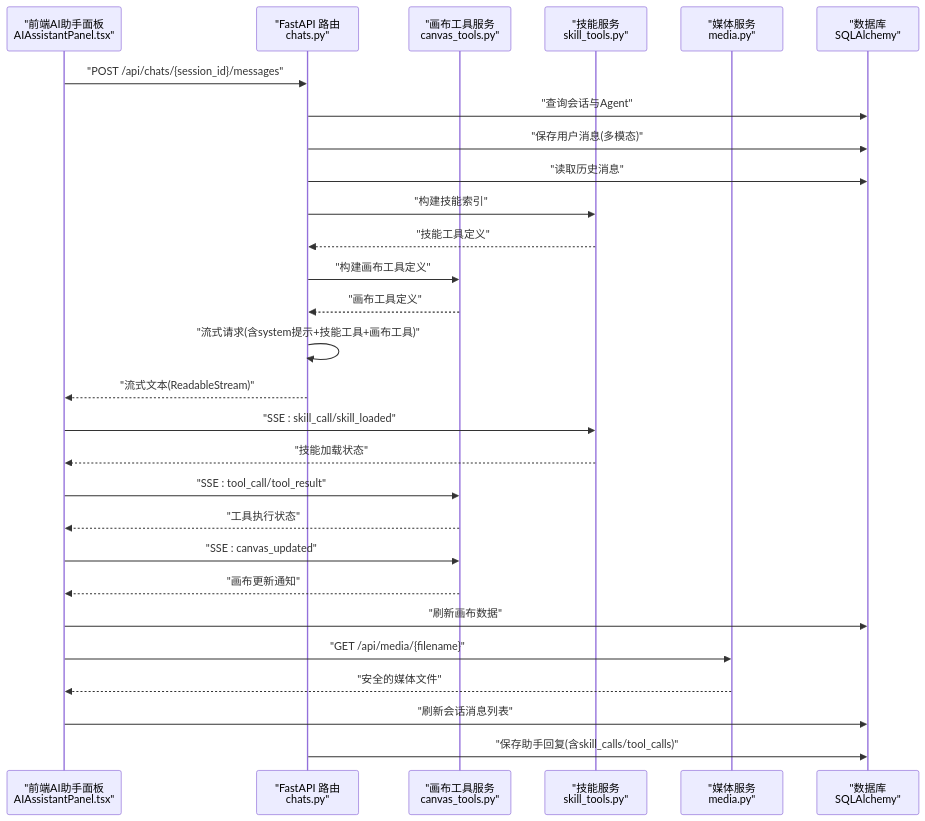
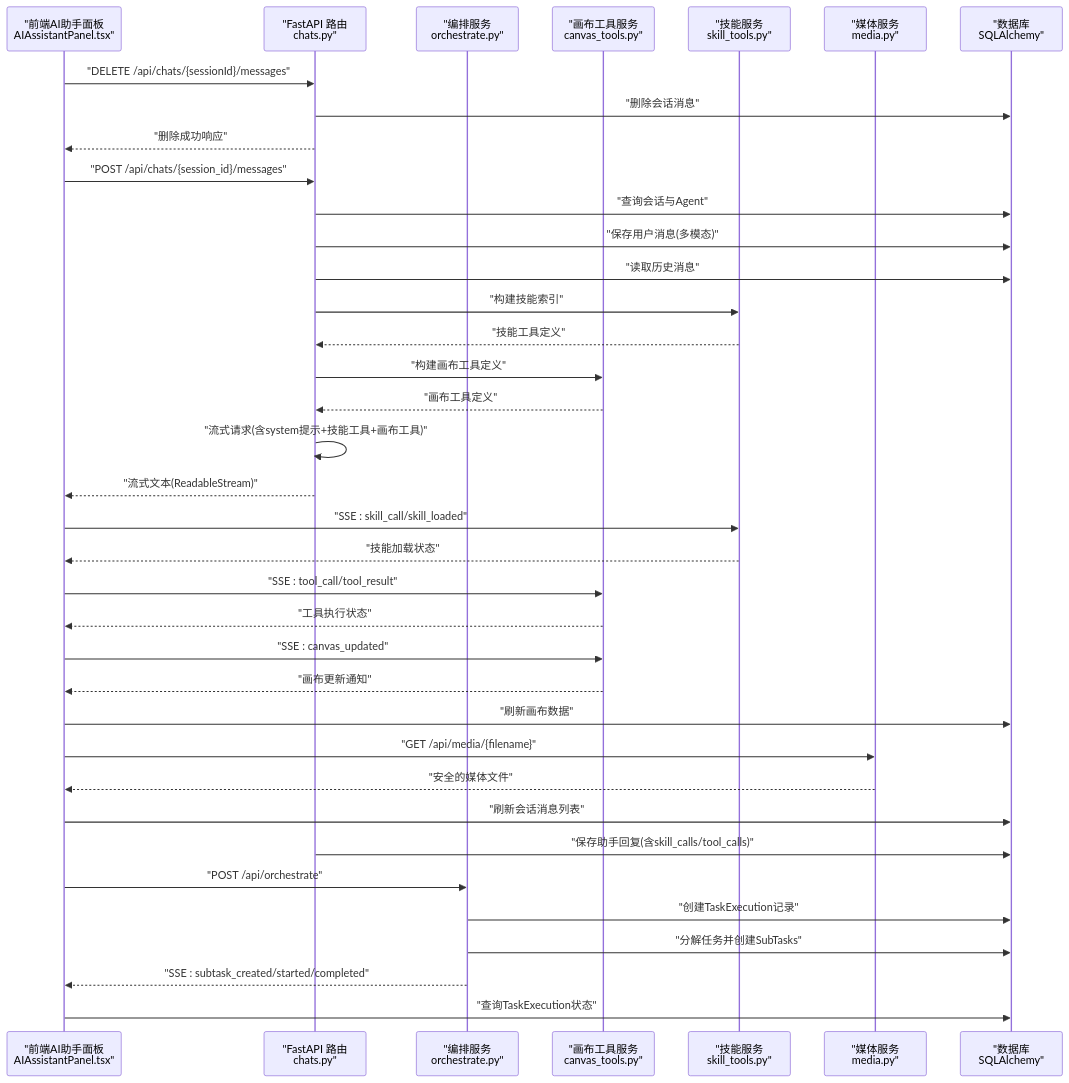
Before and after one commit to KunLabAI/KunFlix: the second of 16 diagrams in .qoder/repowiki/zh/content/后端开发指南/API路由系统/聊天交互API.md, drawn with Mermaid. The commit also changed other lines of this file and 29 other files, not shown here.

````diff
--- a/.qoder/repowiki/zh/content/后端开发指南/API路由系统/聊天交互API.md
+++ b/.qoder/repowiki/zh/content/后端开发指南/API路由系统/聊天交互API.md
@@ -153,30 +172,39 @@
 ```mermaid
 sequenceDiagram
 participant FE as "前端AI助手面板<br/>AIAssistantPanel.tsx"
 participant API as "FastAPI 路由<br/>chats.py"
+participant Orch as "编排服务<br/>orchestrate.py"
 participant Canvas as "画布工具服务<br/>canvas_tools.py"
 participant Skills as "技能服务<br/>skill_tools.py"
 participant Media as "媒体服务<br/>media.py"
 participant DB as "数据库<br/>SQLAlchemy"
+FE->>API : "DELETE /api/chats/{sessionId}/messages"
+API->>DB : "删除会话消息"
+API-->>FE : "删除成功响应"
 FE->>API : "POST /api/chats/{session_id}/messages"
 API->>DB : "查询会话与Agent"
 API->>DB : "保存用户消息(多模态)"
 API->>DB : "读取历史消息"
 API->>Skills : "构建技能索引"
 Skills-->>API : "技能工具定义"
 API->>Canvas : "构建画布工具定义"
 Canvas-->>API : "画布工具定义"
 API->>API : "流式请求(含system提示+技能工具+画布工具)"
 API-->>FE : "流式文本(ReadableStream)"
 FE->>Skills : "SSE : skill_call/skill_loaded"
 Skills-->>FE : "技能加载状态"
 FE->>Canvas : "SSE : tool_call/tool_result"
 Canvas-->>FE : "工具执行状态"
 FE->>Canvas : "SSE : canvas_updated"
 Canvas-->>FE : "画布更新通知"
 FE->>DB : "刷新画布数据"
 FE->>Media : "GET /api/media/{filename}"
 Media-->>FE : "安全的媒体文件"
 FE->>DB : "刷新会话消息列表"
 API->>DB : "保存助手回复(含skill_calls/tool_calls)"
+FE->>Orch : "POST /api/orchestrate"
+Orch->>DB : "创建TaskExecution记录"
+Orch->>DB : "分解任务并创建SubTasks"
+Orch-->>FE : "SSE : subtask_created/started/completed"
+FE->>DB : "查询TaskExecution状态"
 ```
````
